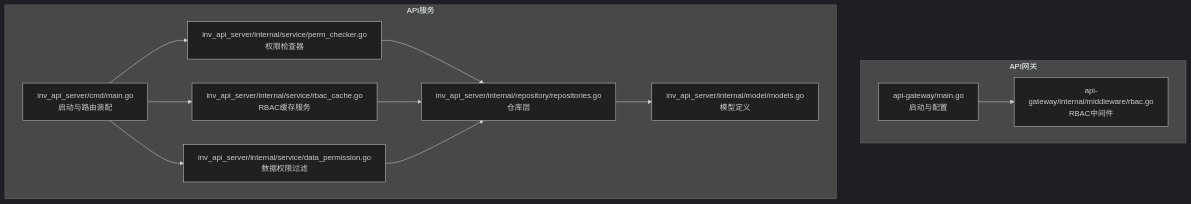
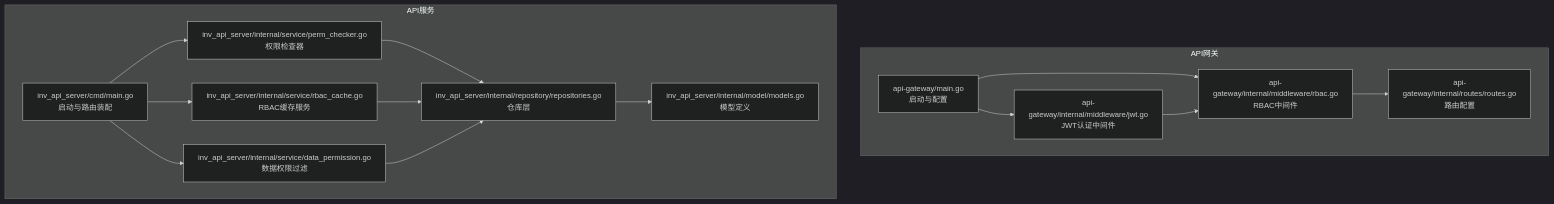
One commit to mcmrzy/cs_inv_monitor-develop changed the first of 8 diagrams in .qoder/repowiki/zh/content/API网关服务/RBAC权限控制.md. Above: the diagram before and after it, drawn with Mermaid (dark theme). The commit also changed other lines of this file and 88 other files, not shown here.

````diff
--- a/.qoder/repowiki/zh/content/API网关服务/RBAC权限控制.md
+++ b/.qoder/repowiki/zh/content/API网关服务/RBAC权限控制.md
@@ -53,23 +55,28 @@
 ```mermaid
 graph TB
 subgraph "API网关"
 GWMain["api-gateway/main.go<br/>启动与配置"]
+JWTMW["api-gateway/internal/middleware/jwt.go<br/>JWT认证中间件"]
 RBACMW["api-gateway/internal/middleware/rbac.go<br/>RBAC中间件"]
+Routes["api-gateway/internal/routes/routes.go<br/>路由配置"]
 end
 subgraph "API服务"
 APIMain["inv_api_server/cmd/main.go<br/>启动与路由装配"]
 PermChecker["inv_api_server/internal/service/perm_checker.go<br/>权限检查器"]
 RBACCache["inv_api_server/internal/service/rbac_cache.go<br/>RBAC缓存服务"]
 DataPerm["inv_api_server/internal/service/data_permission.go<br/>数据权限过滤"]
 Repo["inv_api_server/internal/repository/repositories.go<br/>仓库层"]
 Model["inv_api_server/internal/model/models.go<br/>模型定义"]
 end
+GWMain --> JWTMW
 GWMain --> RBACMW
+JWTMW --> RBACMW
+RBACMW --> Routes
 APIMain --> PermChecker
 APIMain --> RBACCache
 APIMain --> DataPerm
 PermChecker --> Repo
 RBACCache --> Repo
 DataPerm --> Repo
 Repo --> Model
 ```
````
